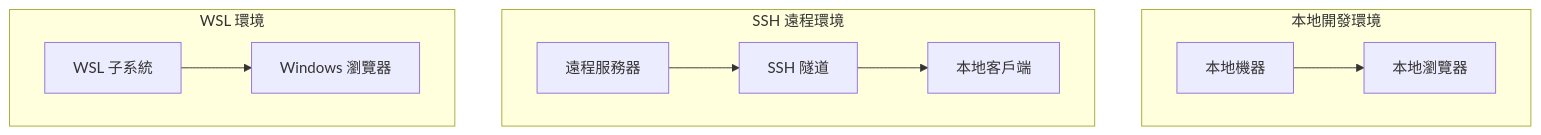
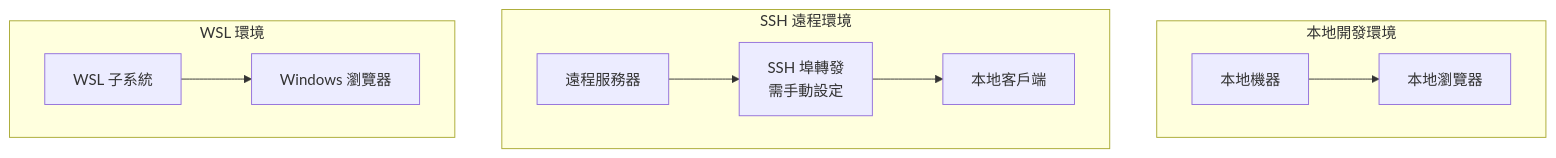
One commit to CloudEngineHub/mcp-feedback-enhanced changed the first of 2 diagrams in docs/architecture/deployment-guide.md. Above: the diagram before and after it, drawn with Mermaid. The commit also changed other lines of this file and 2 other files, not shown here.

Commit message:
📝 環境偵測段落改成實際行為：遠端偵測只寫除錯日誌、不建 SSH 隧道，WSL 只在 Linux 判斷並改用 Windows 瀏覽器開啟

````diff
--- a/docs/architecture/deployment-guide.md
+++ b/docs/architecture/deployment-guide.md
@@ -9,22 +9,22 @@
 ```mermaid
 graph TB
     subgraph "本地開發環境"
         LOCAL[本地機器]
         LOCAL_BROWSER[本地瀏覽器]
         LOCAL --> LOCAL_BROWSER
     end
 
     subgraph "SSH 遠程環境"
         REMOTE[遠程服務器]
-        SSH_TUNNEL[SSH 隧道]
+        SSH_TUNNEL[SSH 埠轉發<br/>需手動設定]
         LOCAL_CLIENT[本地客戶端]
         REMOTE --> SSH_TUNNEL
         SSH_TUNNEL --> LOCAL_CLIENT
     end
 
     subgraph "WSL 環境"
         WSL[WSL 子系統]
         WIN_BROWSER[Windows 瀏覽器]
         WSL --> WIN_BROWSER
     end
 ```
````
